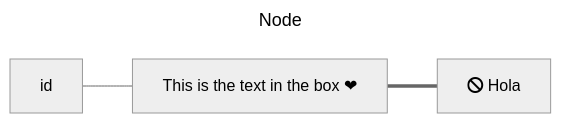
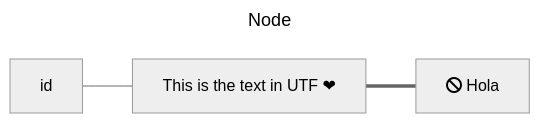
The first of 4 diagrams in OBSIDIAN/FlowChart.md (Gorwast/Notes), drawn with Mermaid (neutral theme) before and after one commit. The commit also changed 2 other files, not shown here.

Commit message:
Add mermaid FlowChart Class Diagram and Mathjax syntax

````diff
--- a/OBSIDIAN/FlowChart.md
+++ b/OBSIDIAN/FlowChart.md
@@ -3,10 +3,10 @@
 ```mermaid
 ---
 title: Node
 ---
 flowchart LR
     id
-    id1["This is the text in the box ❤"]
+    id1["This is the text in UTF ❤"]
     id2[fa:fa-ban Hola]
     id --- id1 === id2
 ```
````
